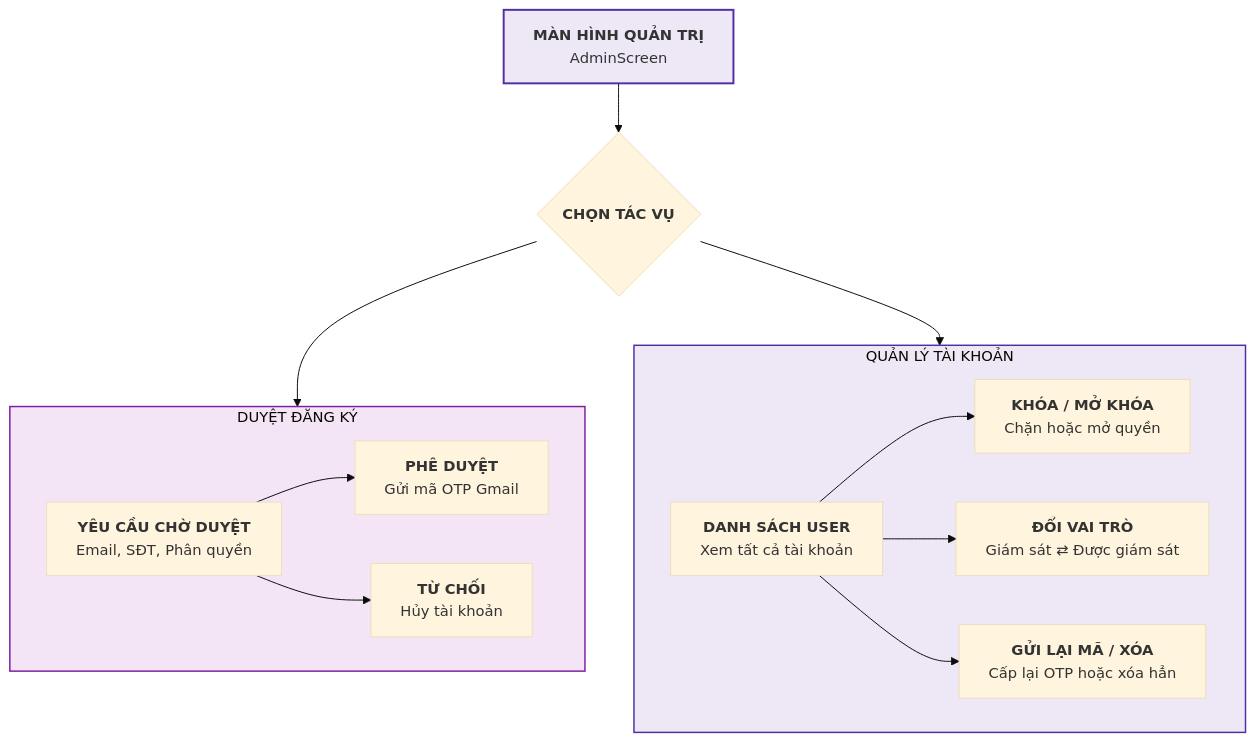
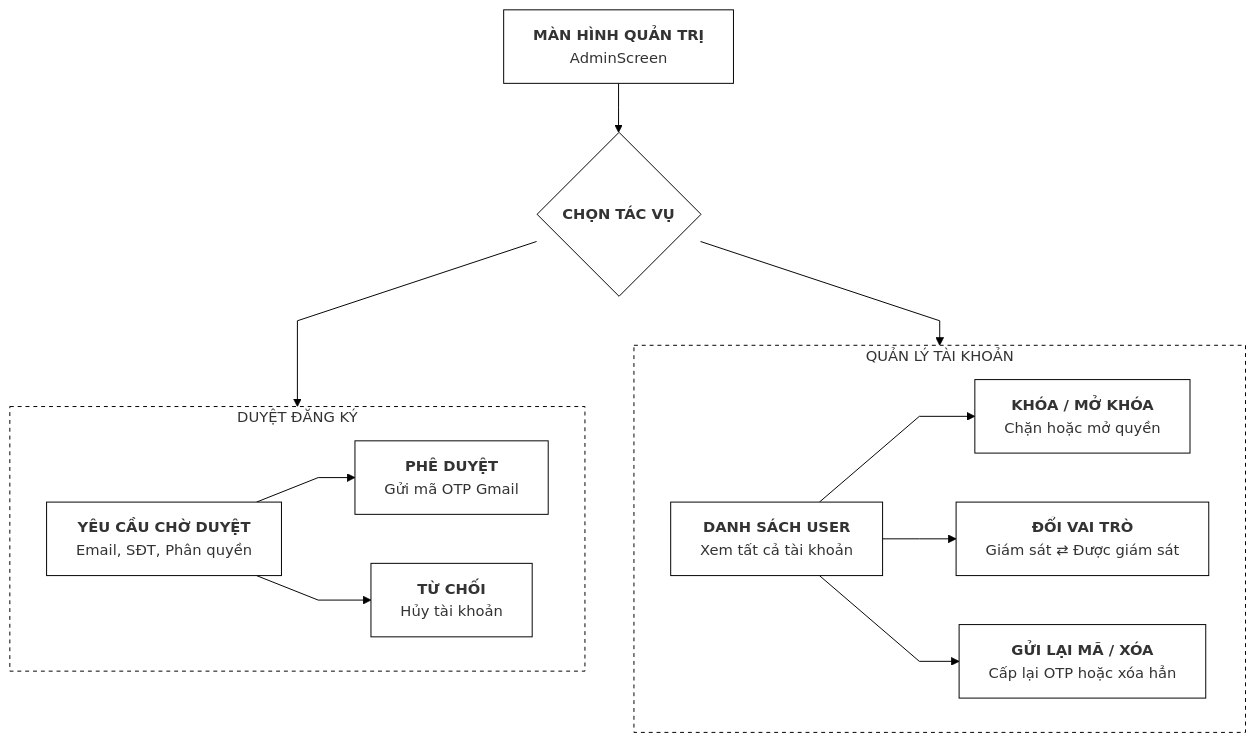
One commit to tdo129/Fall-Detection-App changed the fifth of 7 diagrams in README.md. Above: the diagram before and after it, drawn with Mermaid. The commit also changed other lines of this file, not shown here.

````diff
--- a/README.md
+++ b/README.md
@@ -158,27 +177,35 @@
 ```mermaid
-%%{init: {'theme': 'base', 'themeVariables': { 'fontSize': '15px' }}}%%
+%%{init: {'flowchart': {'curve': 'linear'}, 'themeVariables': {'fontSize': '15px', 'lineColor': '#000000'}}}%%
 flowchart TD
     A0["<b>MÀN HÌNH QUẢN TRỊ</b><br/>AdminScreen"] --> A1{"<b>CHỌN TÁC VỤ</b>"}
 
     subgraph TAB1 ["DUYỆT ĐĂNG KÝ"]
         B1["<b>YÊU CẦU CHỜ DUYỆT</b><br/>Email, SĐT, Phân quyền"]
         B2["<b>PHÊ DUYỆT</b><br/>Gửi mã OTP Gmail"]
         B3["<b>TỪ CHỐI</b><br/>Hủy tài khoản"]
         B1 --> B2 & B3
     end
 
     subgraph TAB2 ["QUẢN LÝ TÀI KHOẢN"]
         C1["<b>DANH SÁCH USER</b><br/>Xem tất cả tài khoản"]
         C2["<b>KHÓA / MỞ KHÓA</b><br/>Chặn hoặc mở quyền"]
         C3["<b>ĐỔI VAI TRÒ</b><br/>Giám sát ⇄ Được giám sát"]
         C4["<b>GỬI LẠI MÃ / XÓA</b><br/>Cấp lại OTP hoặc xóa hẳn"]
         C1 --> C2 & C3 & C4
     end
 
     A1 --> TAB1
     A1 --> TAB2
 
-    style A0 fill:#ede7f6,stroke:#512da8,stroke-width:2px
-    style TAB1 fill:#f3e5f5,stroke:#7b1fa2,stroke-width:1.5px
-    style TAB2 fill:#ede7f6,stroke:#512da8,stroke-width:1.5px
+    style TAB1 fill:#ffffff,stroke:#000000,stroke-width:1px,stroke-dasharray: 4 4
+    style TAB2 fill:#ffffff,stroke:#000000,stroke-width:1px,stroke-dasharray: 4 4
+    style A0 fill:#ffffff,stroke:#000000,stroke-width:1px
+    style A1 fill:#ffffff,stroke:#000000,stroke-width:1px
+    style B1 fill:#ffffff,stroke:#000000,stroke-width:1px
+    style B2 fill:#ffffff,stroke:#000000,stroke-width:1px
+    style B3 fill:#ffffff,stroke:#000000,stroke-width:1px
+    style C1 fill:#ffffff,stroke:#000000,stroke-width:1px
+    style C2 fill:#ffffff,stroke:#000000,stroke-width:1px
+    style C3 fill:#ffffff,stroke:#000000,stroke-width:1px
+    style C4 fill:#ffffff,stroke:#000000,stroke-width:1px
 ```
````
